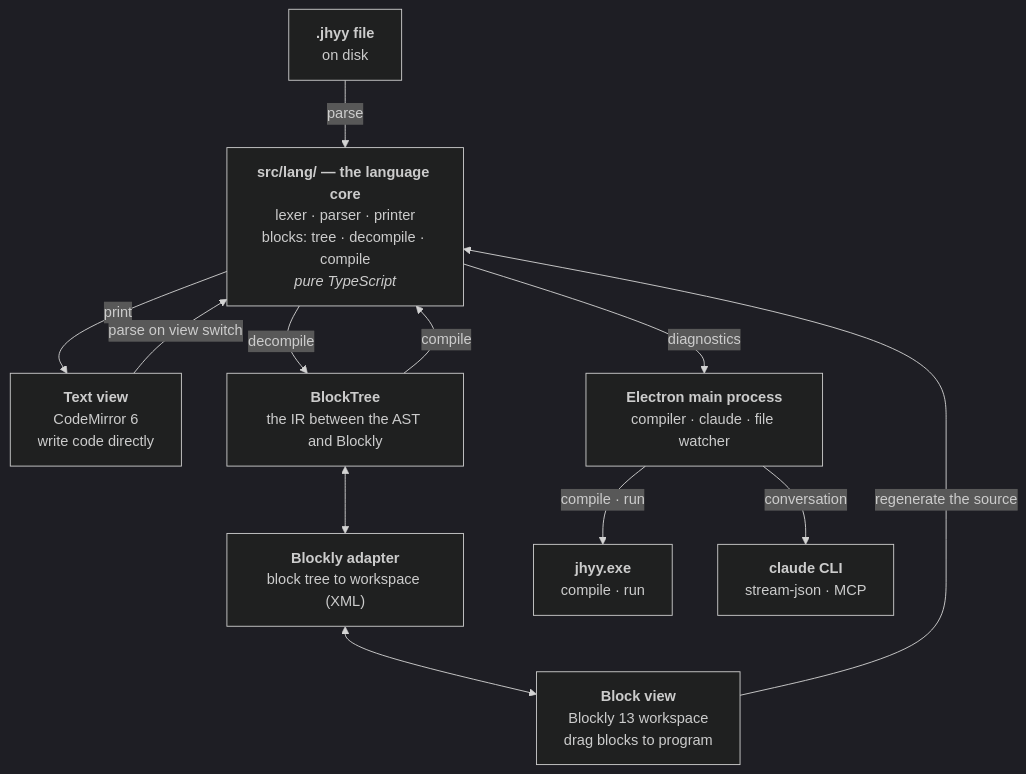
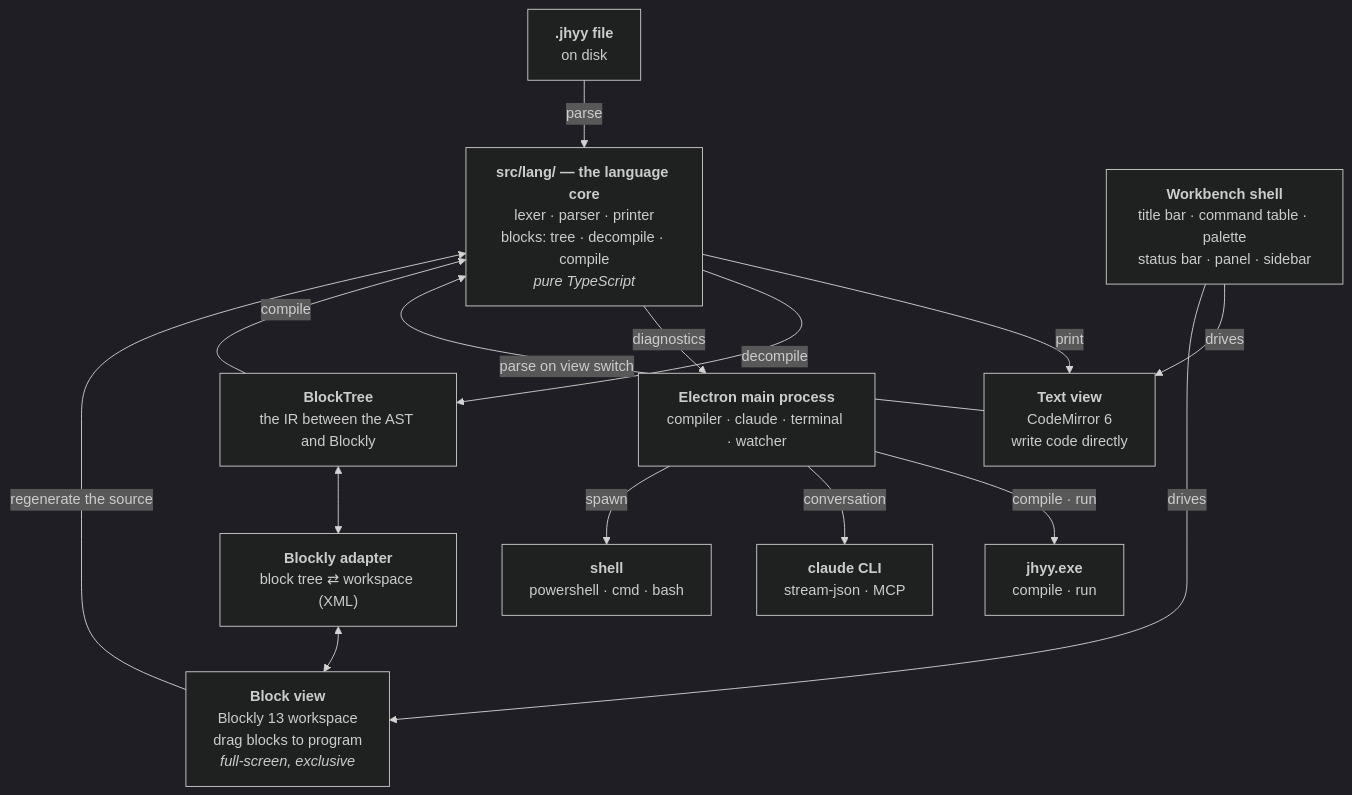
Before and after one commit to JiHuiYiYou/JiHuiYiYou-IDE: the diagram in README.md, drawn with Mermaid (dark theme). The commit also changed other lines of this file and 78 other files, not shown here.

````diff
--- a/README.md
+++ b/README.md
@@ -115,23 +192,28 @@
 ```mermaid
 flowchart TB
     file["<b>.jhyy file</b><br/>on disk"]
-    blocks["<b>Block view</b><br/>Blockly 13 workspace<br/>drag blocks to program"]
+    blocks["<b>Block view</b><br/>Blockly 13 workspace<br/>drag blocks to program<br/><i>full-screen, exclusive</i>"]
     text["<b>Text view</b><br/>CodeMirror 6<br/>write code directly"]
     core["<b>src/lang/ — the language core</b><br/>lexer · parser · printer<br/>blocks: tree · decompile · compile<br/><i>pure TypeScript</i>"]
     tree["<b>BlockTree</b><br/>the IR between the AST and Blockly"]
-    adapter["<b>Blockly adapter</b><br/>block tree to workspace (XML)"]
-    main["<b>Electron main process</b><br/>compiler · claude · file watcher"]
+    adapter["<b>Blockly adapter</b><br/>block tree ⇄ workspace (XML)"]
+    shell["<b>Workbench shell</b><br/>title bar · command table · palette<br/>status bar · panel · sidebar"]
+    main["<b>Electron main process</b><br/>compiler · claude · terminal · watcher"]
     jhyy["<b>jhyy.exe</b><br/>compile · run"]
     claude["<b>claude CLI</b><br/>stream-json · MCP"]
+    sh["<b>shell</b><br/>powershell · cmd · bash"]
 
     file -->|parse| core
     core -->|print| text
     core -->|decompile| tree
     tree -->|compile| core
     tree <--> adapter <--> blocks
     blocks -->|regenerate the source| core
     text -->|parse on view switch| core
     core -->|diagnostics| main
     main -->|compile · run| jhyy
     main -->|conversation| claude
+    main -->|spawn| sh
+    shell -->|drives| text
+    shell -->|drives| blocks
 ```
````
